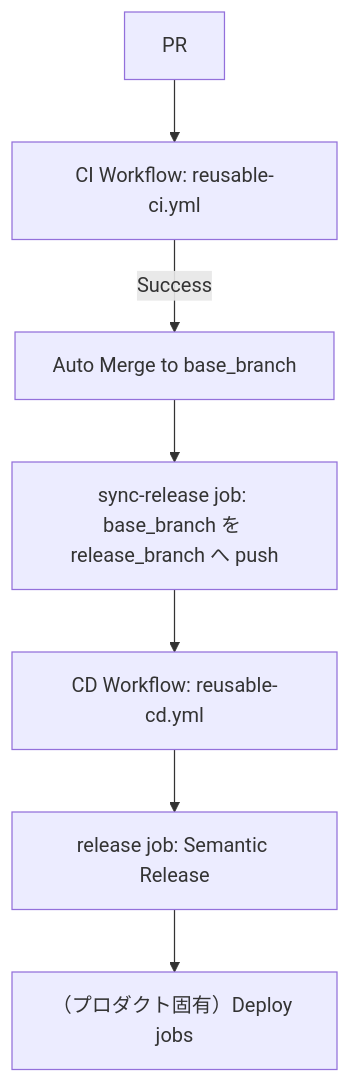
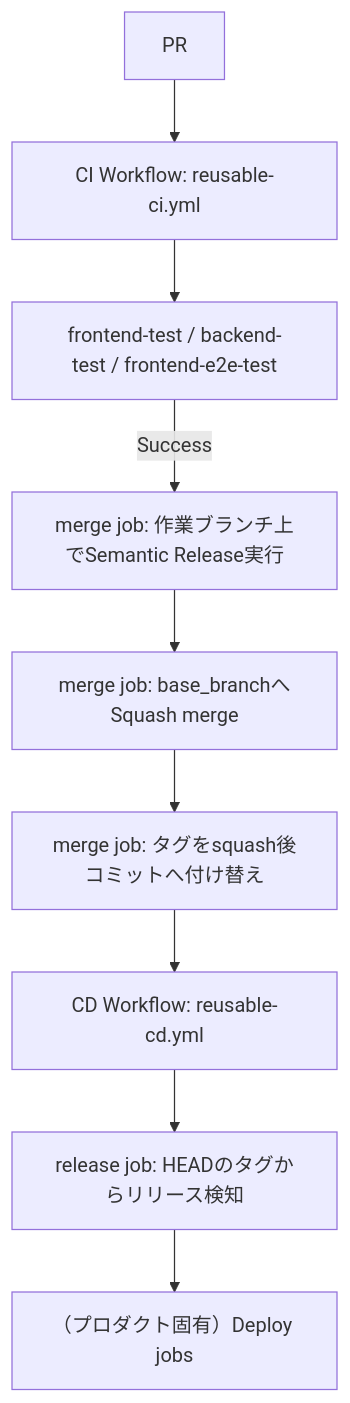
Before and after one commit to bamiyanapp/dev-standards: the diagram in docs/cicd-pipeline-specification.md, drawn with Mermaid. The commit also changed other lines of this file and 3 other files, not shown here.

````diff
--- a/docs/cicd-pipeline-specification.md
+++ b/docs/cicd-pipeline-specification.md
@@ -9,9 +9,11 @@
 ```mermaid
 graph TD
     A[PR] --> B[CI Workflow: reusable-ci.yml];
-    B -->|Success| C[Auto Merge to base_branch];
-    C --> D[sync-release job: base_branch を release_branch へ push];
-    D --> E[CD Workflow: reusable-cd.yml];
-    E --> F[release job: Semantic Release];
-    F --> G[（プロダクト固有）Deploy jobs];
+    B --> C[frontend-test / backend-test / frontend-e2e-test];
+    C -->|Success| D[merge job: 作業ブランチ上でSemantic Release実行];
+    D --> E[merge job: base_branchへSquash merge];
+    E --> F[merge job: タグをsquash後コミットへ付け替え];
+    F --> G[CD Workflow: reusable-cd.yml];
+    G --> H[release job: HEADのタグからリリース検知];
+    H --> I[（プロダクト固有）Deploy jobs];
 ```
````
